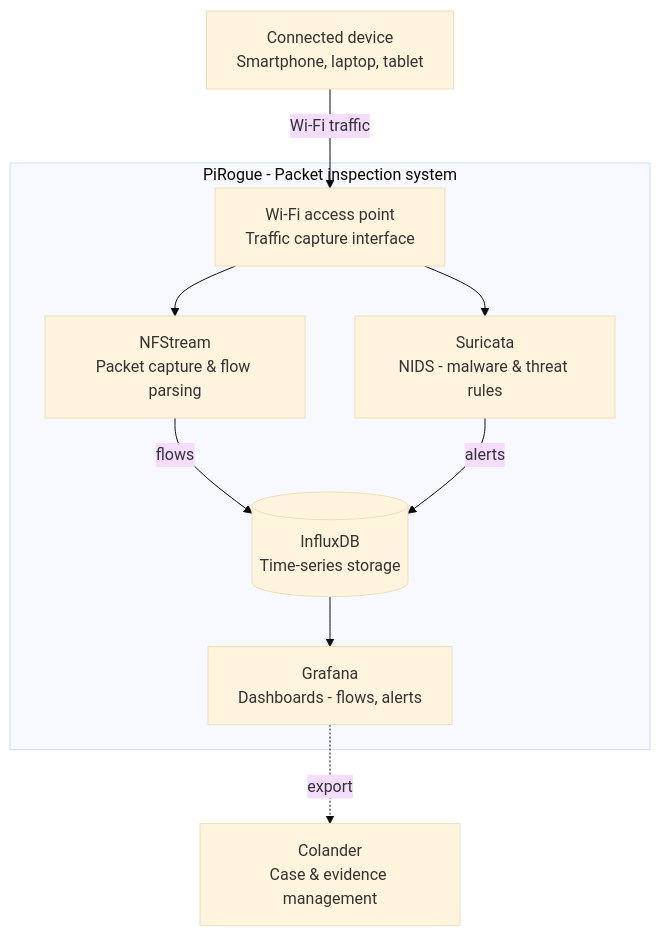
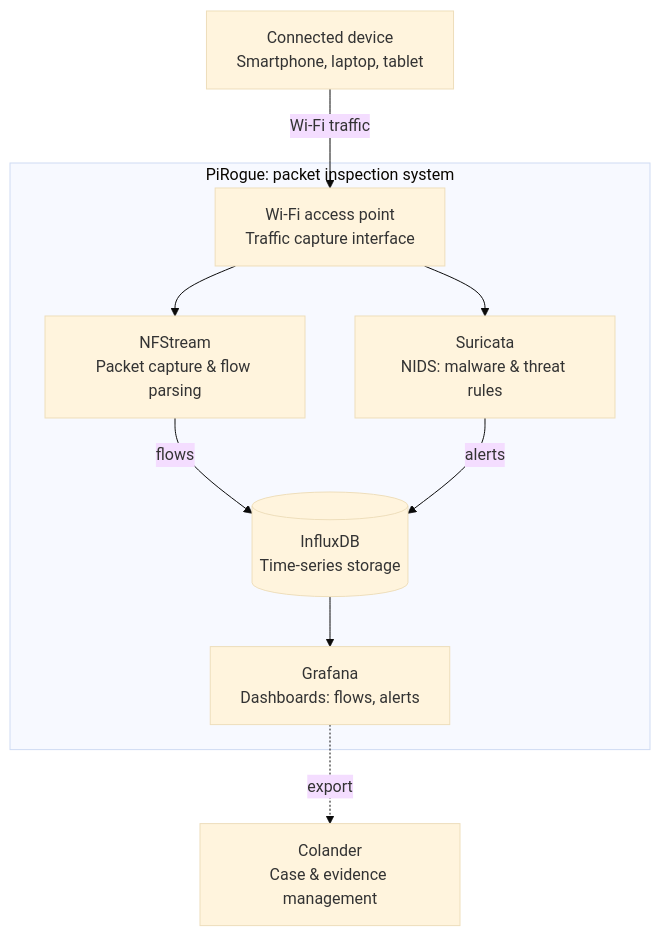
Before and after one commit to PiRogueToolSuite/documentation: the diagram in docs/explanation/pirogue/architecture.mdx, drawn with Mermaid (base theme). The commit also changed other lines of this file and 38 other files, not shown here.

````diff
--- a/docs/explanation/pirogue/architecture.mdx
+++ b/docs/explanation/pirogue/architecture.mdx
@@ -17,22 +17,22 @@
 ```mermaid
 flowchart TD
     DEV["Connected device\nSmartphone, laptop, tablet"]
 
-    subgraph PiRogue [" PiRogue - Packet inspection system"]
+    subgraph PiRogue [" PiRogue: packet inspection system"]
         AP["Wi-Fi access point\nTraffic capture interface"]
         NF["NFStream\nPacket capture & flow parsing"]
-        SU["Suricata\nNIDS - malware & threat rules"]
+        SU["Suricata\nNIDS: malware & threat rules"]
         DB[("InfluxDB\nTime-series storage")]
-        GR["Grafana\nDashboards - flows, alerts"]
+        GR["Grafana\nDashboards: flows, alerts"]
     end
 
     COL["Colander\nCase & evidence management"]
 
     DEV -->|"Wi-Fi traffic"| AP
     AP --> NF
     AP --> SU
     NF -->|"flows"| DB
     SU -->|"alerts"| DB
     DB --> GR
     GR -.->|"export"| COL
 ```
````
